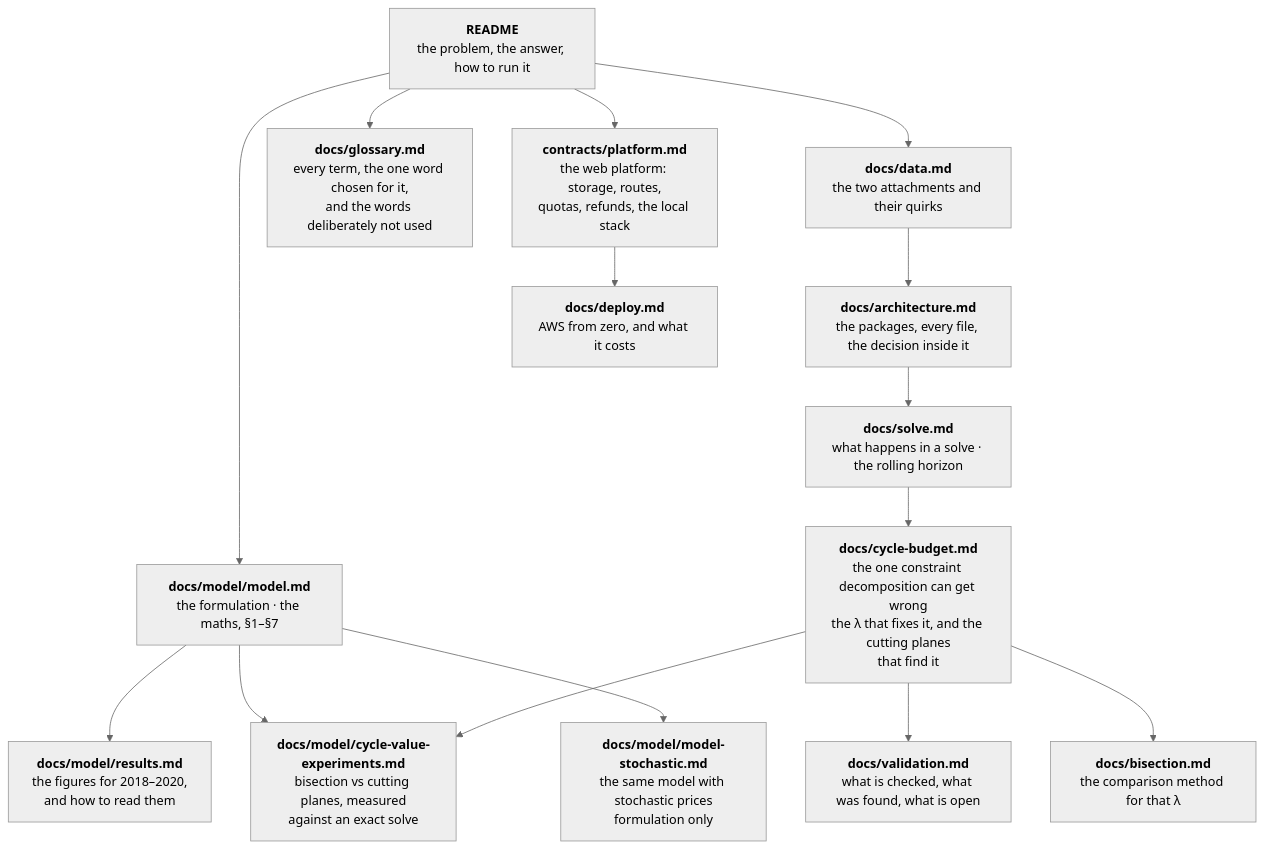
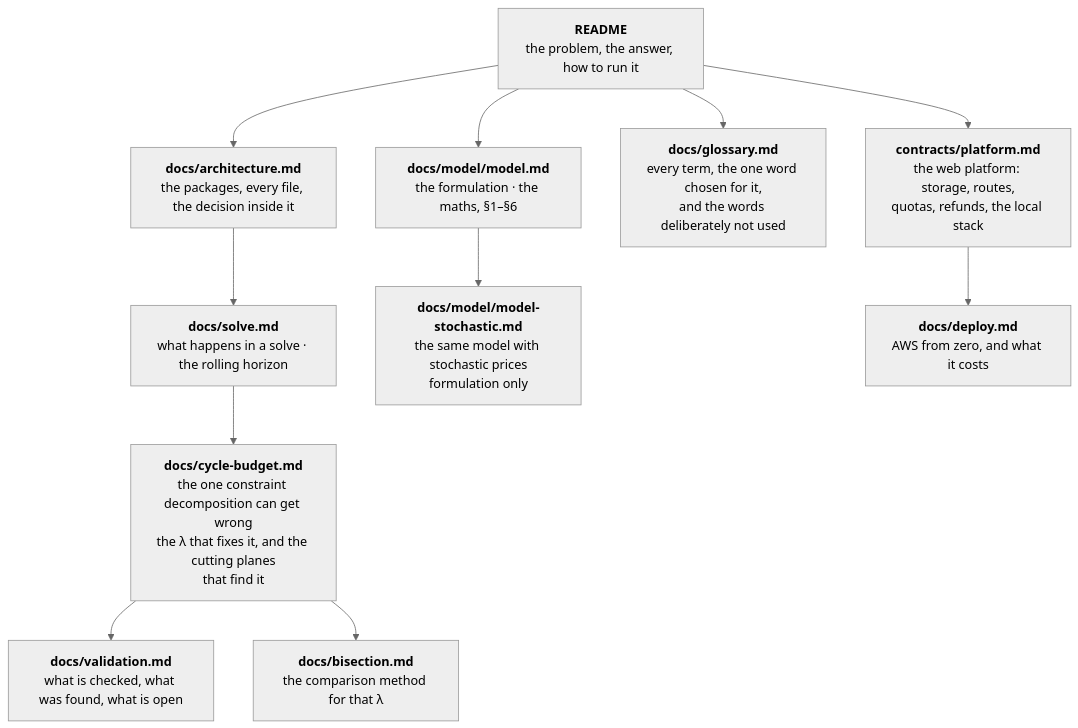
One commit to GuilhermePFM/BatteryDispatchModel changed the third of 3 diagrams in README.md. Above: the diagram before and after it, drawn with Mermaid (neutral theme). The commit also changed other lines of this file and 86 other files, not shown here.

First line of the commit message:
chore(data): remove the bundled input data and its measured results

````diff
--- a/README.md
+++ b/README.md
@@ -251,27 +230,21 @@
 ```mermaid
 flowchart TD
     R["<b>README</b><br/>the problem, the answer, how to run it"]
-    M["<b>docs/model/model.md</b><br/>the formulation · the maths, §1–§7"]
-    D["<b>docs/data.md</b><br/>the two attachments and their quirks"]
+    M["<b>docs/model/model.md</b><br/>the formulation · the maths, §1–§6"]
     A["<b>docs/architecture.md</b><br/>the packages, every file, the decision inside it"]
     S["<b>docs/solve.md</b><br/>what happens in a solve · the rolling horizon"]
     C["<b>docs/cycle-budget.md</b><br/>the one constraint decomposition can get wrong<br/>the λ that fixes it, and the cutting planes<br/>that find it"]
     B["<b>docs/bisection.md</b><br/>the comparison method for that λ"]
-    RE["<b>docs/model/results.md</b><br/>the figures for 2018–2020,<br/>and how to read them"]
-    X["<b>docs/model/cycle-value-experiments.md</b><br/>bisection vs cutting planes, measured<br/>against an exact solve"]
     ST["<b>docs/model/model-stochastic.md</b><br/>the same model with stochastic prices<br/>formulation only"]
     V["<b>docs/validation.md</b><br/>what is checked, what was found, what is open"]
     G["<b>docs/glossary.md</b><br/>every term, the one word chosen for it,<br/>and the words deliberately not used"]
     P["<b>contracts/platform.md</b><br/>the web platform: storage, routes,<br/>quotas, refunds, the local stack"]
     DE["<b>docs/deploy.md</b><br/>AWS from zero, and what it costs"]
 
     R --> G
     R --> M
-    R --> D --> A --> S --> C --> V
-    M --> RE
-    M --> X
-    C --> X
+    R --> A --> S --> C --> V
     C --> B
     M --> ST
     R --> P --> DE
 ```
````
